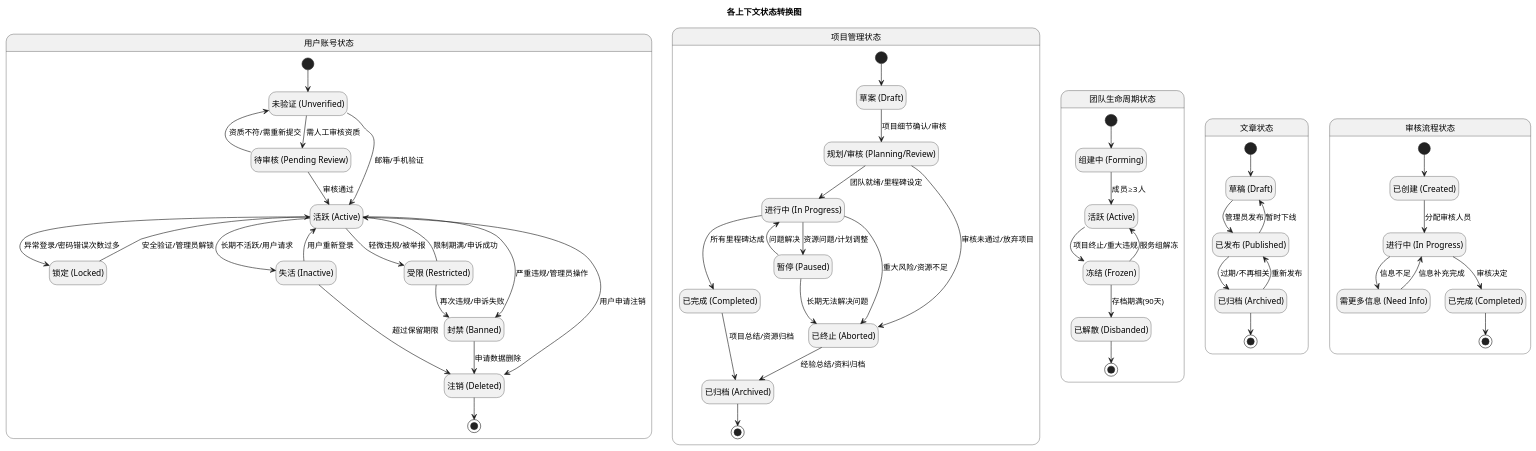
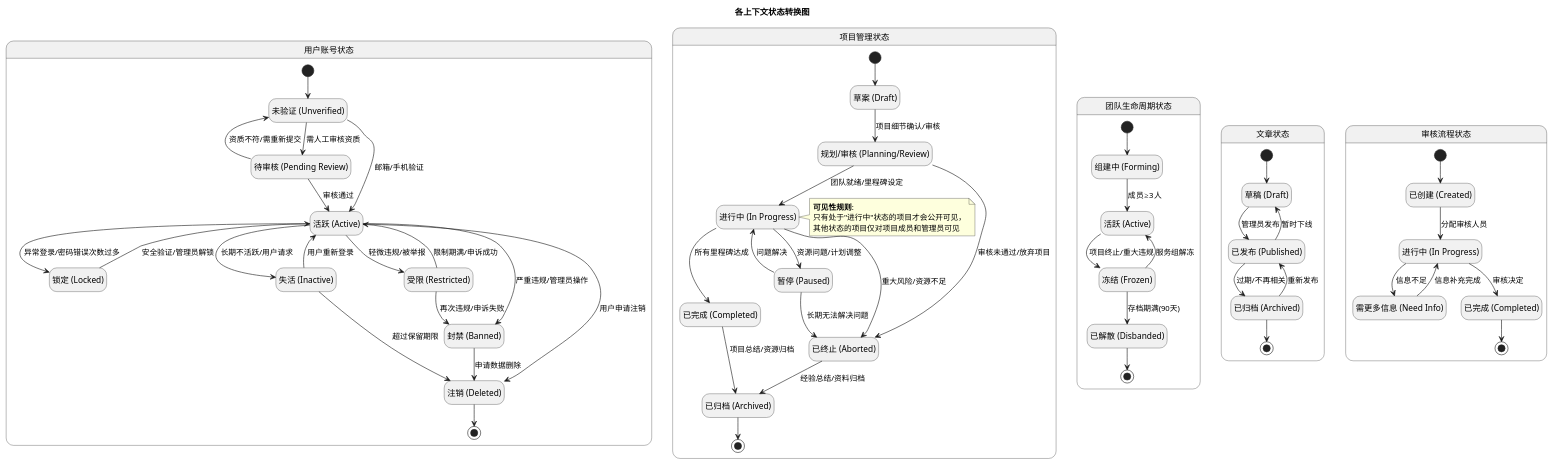
One commit to drowningdog/UMLs changed the diagram in state-diagrams.puml. Above: the diagram before and after it, drawn with PlantUML. The commit also changed 1 other file, not shown here.

Commit message:
fix: note on diagram project

```diff
--- a/state-diagrams.puml
+++ b/state-diagrams.puml
@@ -1,126 +1,132 @@
 @startuml state-diagrams
 ' ========================
 ' 域状态图集合
 ' ========================
 
 ' ========================
 ' 全局配置
 ' ========================
 skinparam dpi 100
 skinparam defaultFontName "PingFang SC"
 skinparam packageTitleAlignment center
 skinparam backgroundColor white
 skinparam shadowing false
 hide empty description
 
 title 各上下文状态转换图
 
 ' ========================
 ' 用户状态图
 ' ========================
 state "用户账号状态" as user_container {
     state "未验证 (Unverified)" as user_unverified
     state "待审核 (Pending Review)" as user_pending_review
     state "活跃 (Active)" as user_active
     state "锁定 (Locked)" as user_locked
     state "受限 (Restricted)" as user_restricted
     state "失活 (Inactive)" as user_inactive
     state "封禁 (Banned)" as user_banned
     state "注销 (Deleted)" as user_deleted
     
     [*] --> user_unverified
     user_unverified --> user_pending_review : 需人工审核资质
     user_unverified --> user_active : 邮箱/手机验证
     user_pending_review --> user_active : 审核通过
     user_pending_review --> user_unverified : 资质不符/需重新提交
     user_active --> user_locked : 异常登录/密码错误次数过多
     user_active --> user_restricted : 轻微违规/被举报
     user_locked --> user_active : 安全验证/管理员解锁
     user_restricted --> user_active : 限制期满/申诉成功
     user_restricted --> user_banned : 再次违规/申诉失败
     user_active --> user_inactive : 长期不活跃/用户请求
     user_inactive --> user_active : 用户重新登录
     user_active --> user_banned : 严重违规/管理员操作
     user_active --> user_deleted : 用户申请注销
     user_inactive --> user_deleted : 超过保留期限
     user_banned --> user_deleted : 申请数据删除
     user_deleted --> [*]
 }
 
 ' ========================
 ' 项目状态图
 ' ========================
 state "项目管理状态" as project_container {
     state "草案 (Draft)" as project_draft
     state "规划/审核 (Planning/Review)" as project_planning
     state "进行中 (In Progress)" as project_in_progress
     state "暂停 (Paused)" as project_paused
     state "已完成 (Completed)" as project_completed
     state "已终止 (Aborted)" as project_aborted
     state "已归档 (Archived)" as project_archived
     
     [*] --> project_draft
     project_draft --> project_planning : 项目细节确认/审核
     project_planning --> project_in_progress : 团队就绪/里程碑设定
     project_planning --> project_aborted : 审核未通过/放弃项目
     project_in_progress --> project_paused : 资源问题/计划调整
     project_in_progress --> project_aborted : 重大风险/资源不足
     project_paused --> project_in_progress : 问题解决
     project_paused --> project_aborted : 长期无法解决问题
     project_in_progress --> project_completed : 所有里程碑达成
     project_completed --> project_archived : 项目总结/资源归档
     project_aborted --> project_archived : 经验总结/资料归档
     project_archived --> [*]
+    
+    note right of project_in_progress
+      <b>可见性规则</b>:
+      只有处于"进行中"状态的项目才会公开可见，
+      其他状态的项目仅对项目成员和管理员可见
+    end note
 }
 
 ' ========================
 ' 团队状态图
 ' ========================
 state "团队生命周期状态" as team_container {
     state "组建中 (Forming)" as team_forming
     state "活跃 (Active)" as team_active
     state "冻结 (Frozen)" as team_frozen
     state "已解散 (Disbanded)" as team_disbanded
     
     [*] --> team_forming
     team_forming --> team_active : 成员≥3人
     team_active --> team_frozen : 项目终止/重大违规
     team_frozen --> team_active : 服务组解冻
     team_frozen --> team_disbanded : 存档期满(90天)
     team_disbanded --> [*]
 }
 
 ' ========================
 ' 内容状态图
 ' ========================
 state "文章状态" as article_container {
     state "草稿 (Draft)" as article_draft
     state "已发布 (Published)" as article_published
     state "已归档 (Archived)" as article_archived
     
     [*] --> article_draft
     article_draft --> article_published : 管理员发布
     article_published --> article_draft : 暂时下线
     article_published --> article_archived : 过期/不再相关
     article_archived --> article_published : 重新发布
     article_archived --> [*]
 }
 
 ' ========================
 ' 审核状态图
 ' ========================
 state "审核流程状态" as audit_container {
     state "已创建 (Created)" as audit_created
     state "进行中 (In Progress)" as audit_in_progress
     state "需更多信息 (Need Info)" as audit_need_info
     state "已完成 (Completed)" as audit_completed
     
     [*] --> audit_created
     audit_created --> audit_in_progress : 分配审核人员
     audit_in_progress --> audit_need_info : 信息不足
     audit_need_info --> audit_in_progress : 信息补充完成
     audit_in_progress --> audit_completed : 审核决定
     audit_completed --> [*]
 }
 
 @enduml 
```
